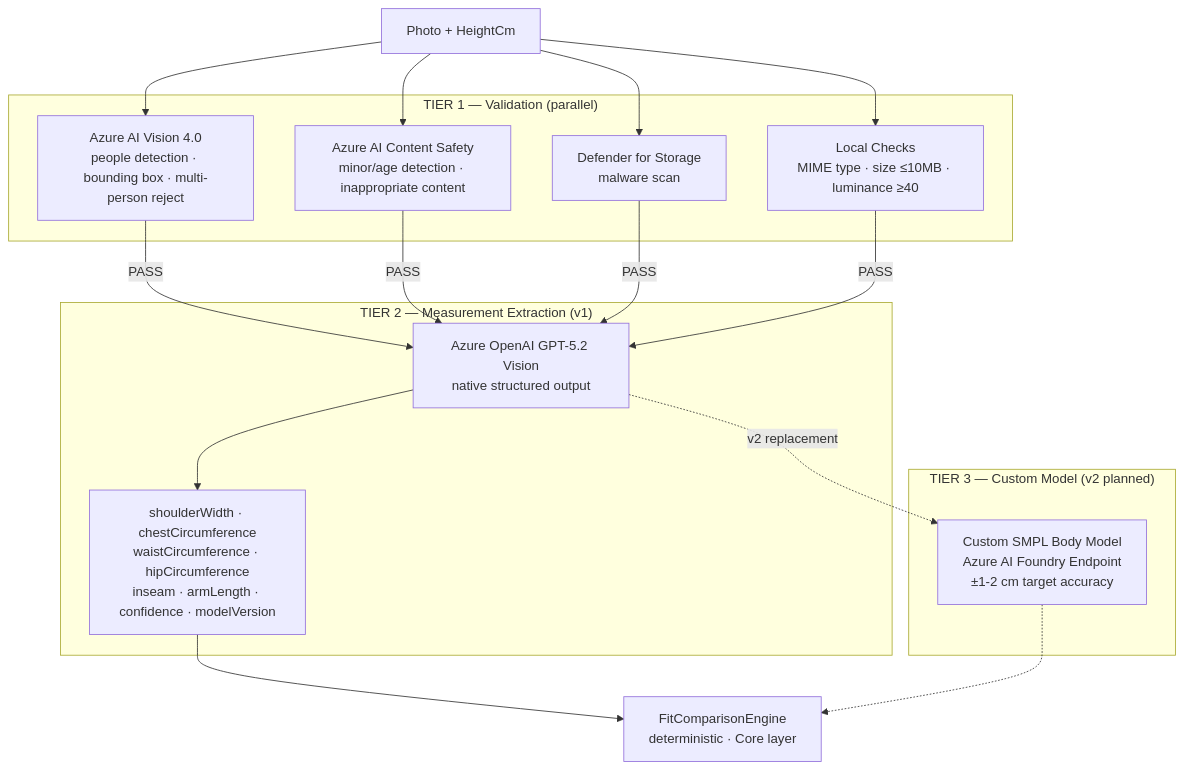
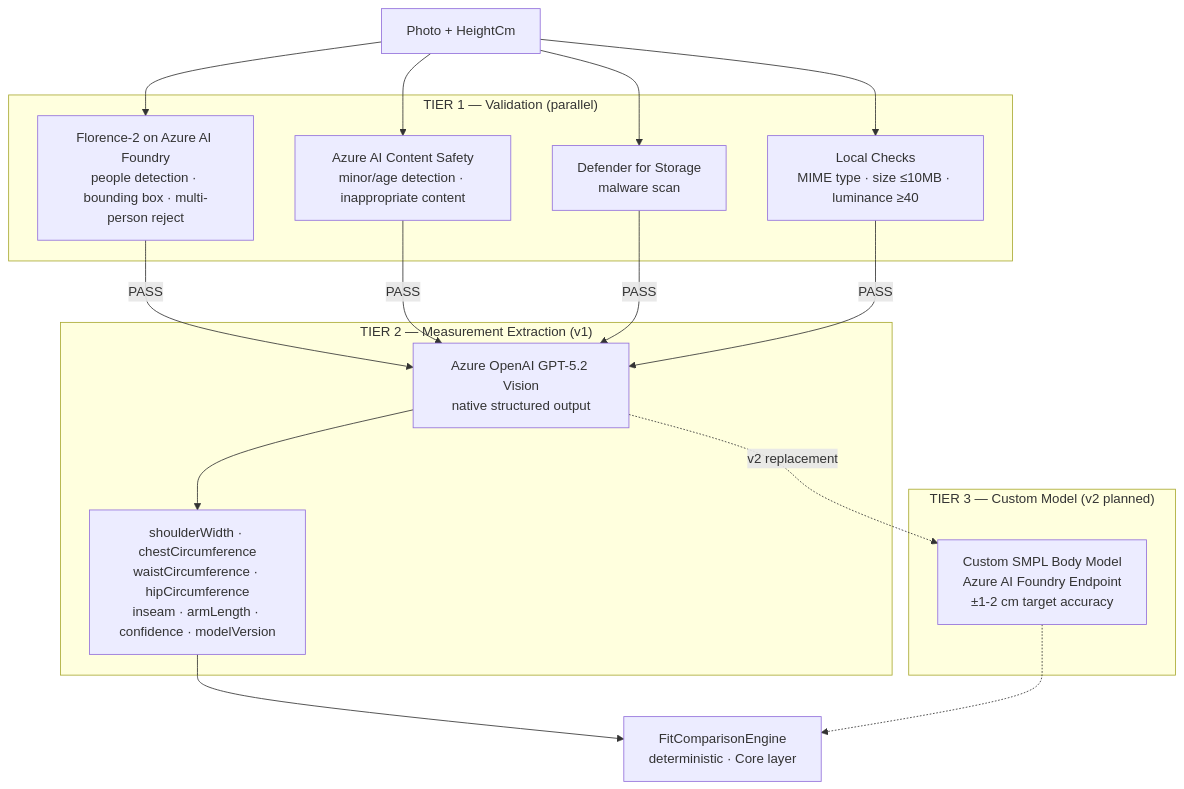
The third of 12 diagrams in docs/architecture/diagrams-mermaid.md (akhayash/RetailTeam-workshop), drawn with Mermaid before and after one commit. The commit also changed other lines of this file and 4 other files, not shown here.

````diff
--- a/docs/architecture/diagrams-mermaid.md
+++ b/docs/architecture/diagrams-mermaid.md
@@ -103,35 +103,35 @@
 ```mermaid
 flowchart TB
     Input[Photo + HeightCm]
 
     subgraph "TIER 1 — Validation (parallel)"
-        Vision[Azure AI Vision 4.0<br/>people detection · bounding box · multi-person reject]
+        Vision[Florence-2 on Azure AI Foundry<br/>people detection · bounding box · multi-person reject]
         Safety[Azure AI Content Safety<br/>minor/age detection · inappropriate content]
         Defender[Defender for Storage<br/>malware scan]
         Local[Local Checks<br/>MIME type · size ≤10MB · luminance ≥40]
     end
 
     subgraph "TIER 2 — Measurement Extraction (v1)"
         GPT52[Azure OpenAI GPT-5.2 Vision<br/>native structured output]
         Output2[shoulderWidth · chestCircumference<br/>waistCircumference · hipCircumference<br/>inseam · armLength · confidence · modelVersion]
     end
 
     subgraph "TIER 3 — Custom Model (v2 planned)"
         CustomModel[Custom SMPL Body Model<br/>Azure AI Foundry Endpoint<br/>±1-2 cm target accuracy]
     end
 
     FCE[FitComparisonEngine<br/>deterministic · Core layer]
 
     Input --> Vision
     Input --> Safety
     Input --> Defender
     Input --> Local
     Vision -->|PASS| GPT52
     Safety -->|PASS| GPT52
     Defender -->|PASS| GPT52
     Local -->|PASS| GPT52
     GPT52 --> Output2
     Output2 --> FCE
     GPT52 -.->|v2 replacement| CustomModel
     CustomModel -.-> FCE
 ```
````
